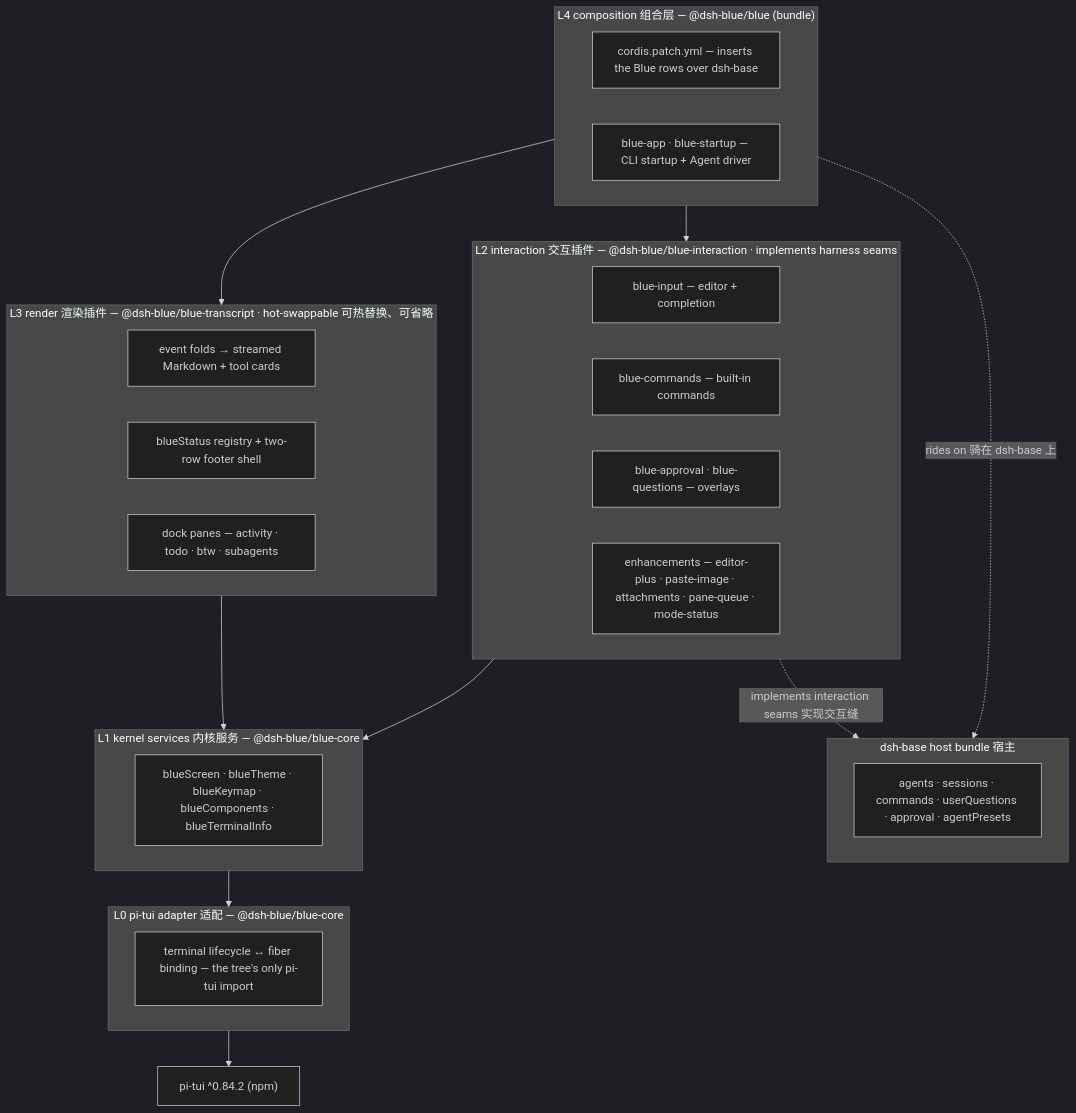
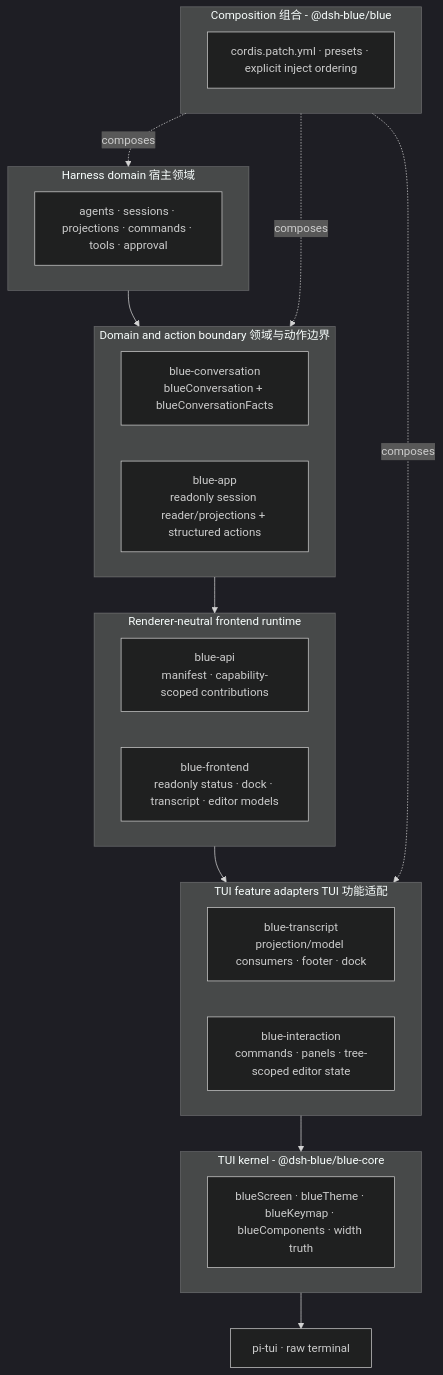
The diagram in docs/diagrams/blue-layers.mmd (dsh-blue/blue), drawn with Mermaid (dark theme) before and after one commit. The commit also changed 275 other files, not shown here.

Commit message:
feat: complete frontend runtime cutover

```diff
--- a/docs/diagrams/blue-layers.mmd
+++ b/docs/diagrams/blue-layers.mmd
@@ -1,35 +1,32 @@
 flowchart TB
-    subgraph L4["L4 composition 组合层 — @dsh-blue/blue (bundle)"]
-        patch["cordis.patch.yml — inserts the Blue rows over dsh-base"]
-        app["blue-app · blue-startup — CLI startup + Agent driver"]
+    subgraph C["Composition 组合 - @dsh-blue/blue"]
+        patch["cordis.patch.yml · presets · explicit inject ordering"]
     end
-    subgraph L3["L3 render 渲染插件 — @dsh-blue/blue-transcript · hot-swappable 可热替换、可省略"]
-        fold["event folds → streamed Markdown + tool cards"]
-        status["blueStatus registry + two-row footer shell"]
-        dock["dock panes — activity · todo · btw · subagents"]
+    subgraph H["Harness domain 宿主领域"]
+        harness["agents · sessions · projections · commands · tools · approval"]
     end
-    subgraph L2["L2 interaction 交互插件 — @dsh-blue/blue-interaction · implements harness seams"]
-        input["blue-input — editor + completion"]
-        cmds["blue-commands — built-in commands"]
-        qa["blue-approval · blue-questions — overlays"]
-        enh2["enhancements — editor-plus · paste-image · attachments · pane-queue · mode-status"]
+    subgraph D["Domain and action boundary 领域与动作边界"]
+        conversation["blue-conversation\nblueConversation + blueConversationFacts"]
+        app["blue-app\nreadonly session reader/projections + structured actions"]
     end
-    subgraph L1["L1 kernel services 内核服务 — @dsh-blue/blue-core"]
-        services["blueScreen · blueTheme · blueKeymap · blueComponents · blueTerminalInfo"]
+    subgraph F["Renderer-neutral frontend runtime"]
+        api["blue-api\nmanifest · capability-scoped contributions"]
+        models["blue-frontend\nreadonly status · dock · transcript · editor models"]
     end
-    subgraph L0["L0 pi-tui adapter 适配 — @dsh-blue/blue-core"]
-        adapter["terminal lifecycle ↔ fiber binding — the tree's only pi-tui import"]
+    subgraph R["TUI feature adapters TUI 功能适配"]
+        transcript["blue-transcript\nprojection/model consumers · footer · dock"]
+        interaction["blue-interaction\ncommands · panels · tree-scoped editor state"]
     end
-    subgraph BASE["dsh-base host bundle 宿主"]
-        seams["agents · sessions · commands · userQuestions · approval · agentPresets"]
+    subgraph K["TUI kernel - @dsh-blue/blue-core"]
+        core["blueScreen · blueTheme · blueKeymap · blueComponents · width truth"]
     end
-    pitui["pi-tui ^0.84.2 (npm)"]
+    pitui["pi-tui · raw terminal"]
 
-    L4 --> L3
-    L4 --> L2
-    L3 --> L1
-    L2 --> L1
-    L1 --> L0
-    L0 --> pitui
-    L2 -. implements interaction seams 实现交互缝 .-> BASE
-    L4 -. rides on 骑在 dsh-base 上 .-> BASE
+    H --> D
+    D --> F
+    F --> R
+    R --> K
+    K --> pitui
+    C -. composes .-> H
+    C -. composes .-> D
+    C -. composes .-> R
```
